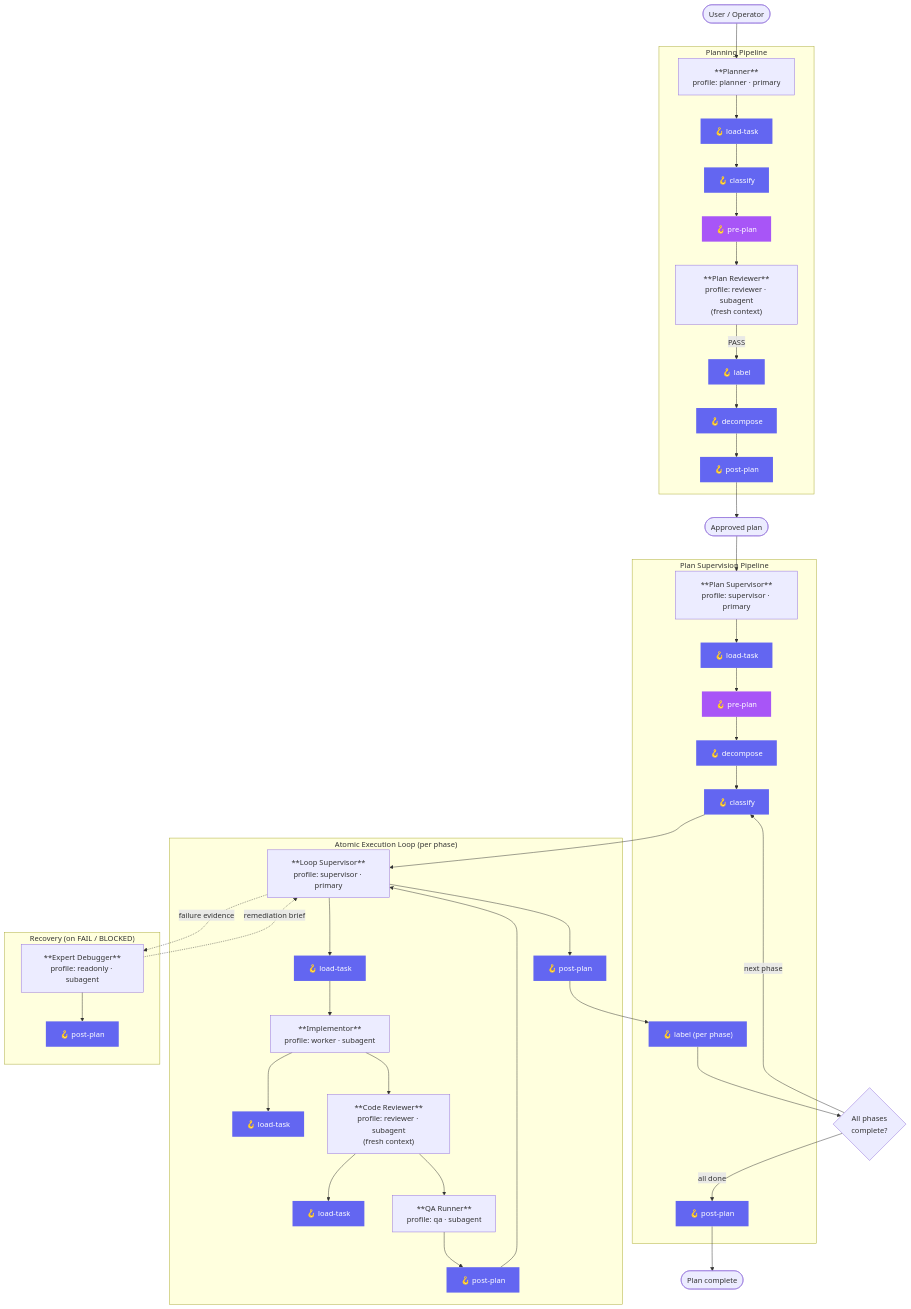
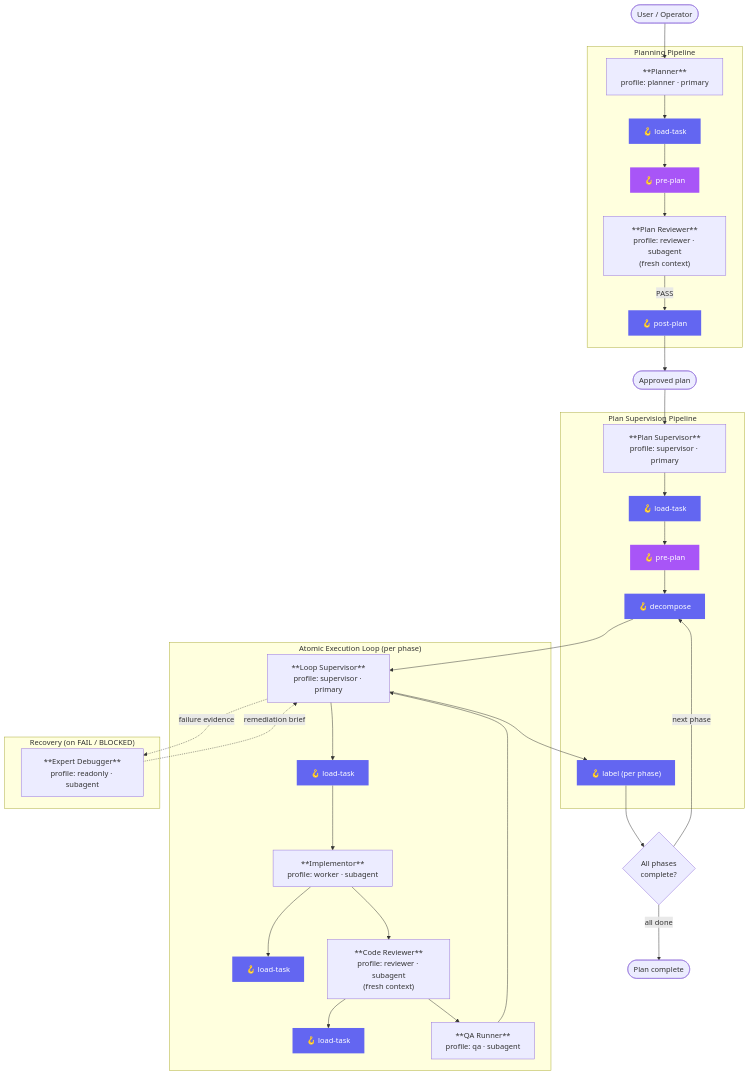
Before and after one commit to ericmaster/agent-fabric: the diagram in docs/architecture/system-overview.md, drawn with Mermaid. The commit also changed other lines of this file and 6 other files, not shown here.

Commit message:
docs: sync architecture diagrams and hook tables with agent frontmatter

````diff
--- a/docs/architecture/system-overview.md
+++ b/docs/architecture/system-overview.md
@@ -12,32 +12,26 @@
     subgraph "Planning Pipeline"
         PLANNER["**Planner**\nprofile: planner · primary"]
         H_LT1["🪝 load-task"]
-        H_CL["🪝 classify"]
         H_PP1["🪝 pre-plan"]
         PREV["**Plan Reviewer**\nprofile: reviewer · subagent\n(fresh context)"]
-        H_LBL["🪝 label"]
-        H_DEC["🪝 decompose"]
         H_POST1["🪝 post-plan"]
     end
 
-    PLANNER --> H_LT1 --> H_CL --> H_PP1 --> PREV
-    PREV -- PASS --> H_LBL --> H_DEC --> H_POST1
+    PLANNER --> H_LT1 --> H_PP1 --> PREV
+    PREV -- PASS --> H_POST1
 
     H_POST1 --> APPROVED([Approved plan])
 
     subgraph "Plan Supervision Pipeline"
         PSUP["**Plan Supervisor**\nprofile: supervisor · primary"]
         H_LT2["🪝 load-task"]
-        H_CL2["🪝 classify"]
         H_PP2["🪝 pre-plan"]
         H_DEC2["🪝 decompose"]
         H_LBL2["🪝 label (per phase)"]
-        H_POST2["🪝 post-plan"]
     end
 
     APPROVED --> PSUP
     PSUP --> H_LT2 --> H_PP2 --> H_DEC2
-    H_DEC2 --> H_CL2
 
     subgraph "Atomic Execution Loop (per phase)"
         LSUP["**Loop Supervisor**\nprofile: supervisor · primary"]
@@ -47,48 +41,35 @@
         CREV["**Code Reviewer**\nprofile: reviewer · subagent\n(fresh context)"]
         CREV_H_LT["🪝 load-task"]
         QAR["**QA Runner**\nprofile: qa · subagent"]
-        QAR_H_POST["🪝 post-plan"]
-        H_POST3["🪝 post-plan"]
     end
 
-    H_CL2 --> LSUP
+    H_DEC2 --> LSUP
     LSUP --> H_LT3 --> IMPL
     IMPL --> IMPL_H_LT
     IMPL --> CREV
     CREV --> CREV_H_LT
     CREV --> QAR
-    QAR --> QAR_H_POST --> LSUP
-    LSUP --> H_POST3
+    QAR --> LSUP
 
     subgraph "Recovery (on FAIL / BLOCKED)"
         DBG["**Expert Debugger**\nprofile: readonly · subagent"]
-        DBG_H_POST["🪝 post-plan"]
     end
 
     LSUP -.->|"failure evidence"| DBG
-    DBG --> DBG_H_POST
     DBG -.->|"remediation brief"| LSUP
 
-    H_POST3 --> H_LBL2 --> PHASE_DONE{All phases\ncomplete?}
-    PHASE_DONE -- "next phase" --> H_CL2
-    PHASE_DONE -- "all done" --> H_POST2 --> COMPLETE([Plan complete])
+    LSUP --> H_LBL2 --> PHASE_DONE{All phases\ncomplete?}
+    PHASE_DONE -- "next phase" --> H_DEC2
+    PHASE_DONE -- "all done" --> COMPLETE([Plan complete])
 
     style H_LT1 fill:#6366f1,color:#fff,stroke:none
-    style H_CL fill:#6366f1,color:#fff,stroke:none
     style H_PP1 fill:#a855f7,color:#fff,stroke:none
-    style H_LBL fill:#6366f1,color:#fff,stroke:none
-    style H_DEC fill:#6366f1,color:#fff,stroke:none
     style H_POST1 fill:#6366f1,color:#fff,stroke:none
     style H_LT2 fill:#6366f1,color:#fff,stroke:none
-    style H_CL2 fill:#6366f1,color:#fff,stroke:none
     style H_PP2 fill:#a855f7,color:#fff,stroke:none
     style H_DEC2 fill:#6366f1,color:#fff,stroke:none
     style H_LBL2 fill:#6366f1,color:#fff,stroke:none
-    style H_POST2 fill:#6366f1,color:#fff,stroke:none
     style H_LT3 fill:#6366f1,color:#fff,stroke:none
     style IMPL_H_LT fill:#6366f1,color:#fff,stroke:none
     style CREV_H_LT fill:#6366f1,color:#fff,stroke:none
-    style QAR_H_POST fill:#6366f1,color:#fff,stroke:none
-    style H_POST3 fill:#6366f1,color:#fff,stroke:none
-    style DBG_H_POST fill:#6366f1,color:#fff,stroke:none
 ```
````
